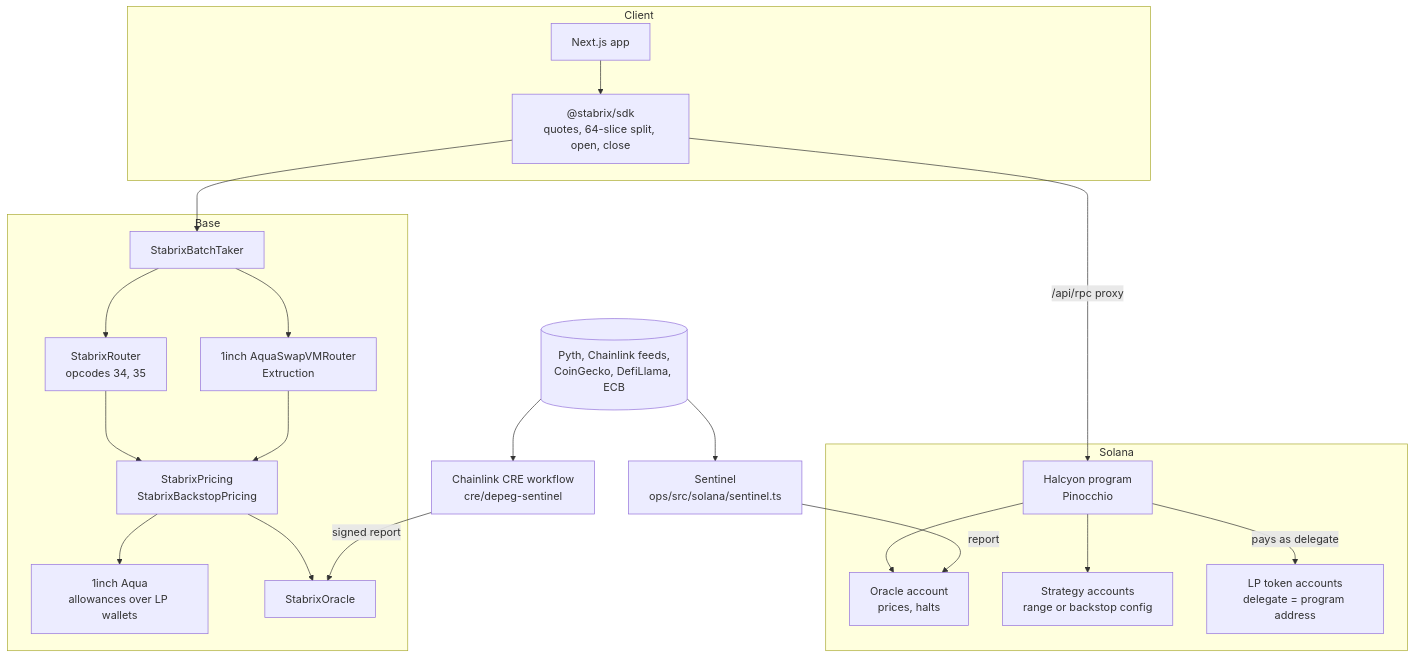
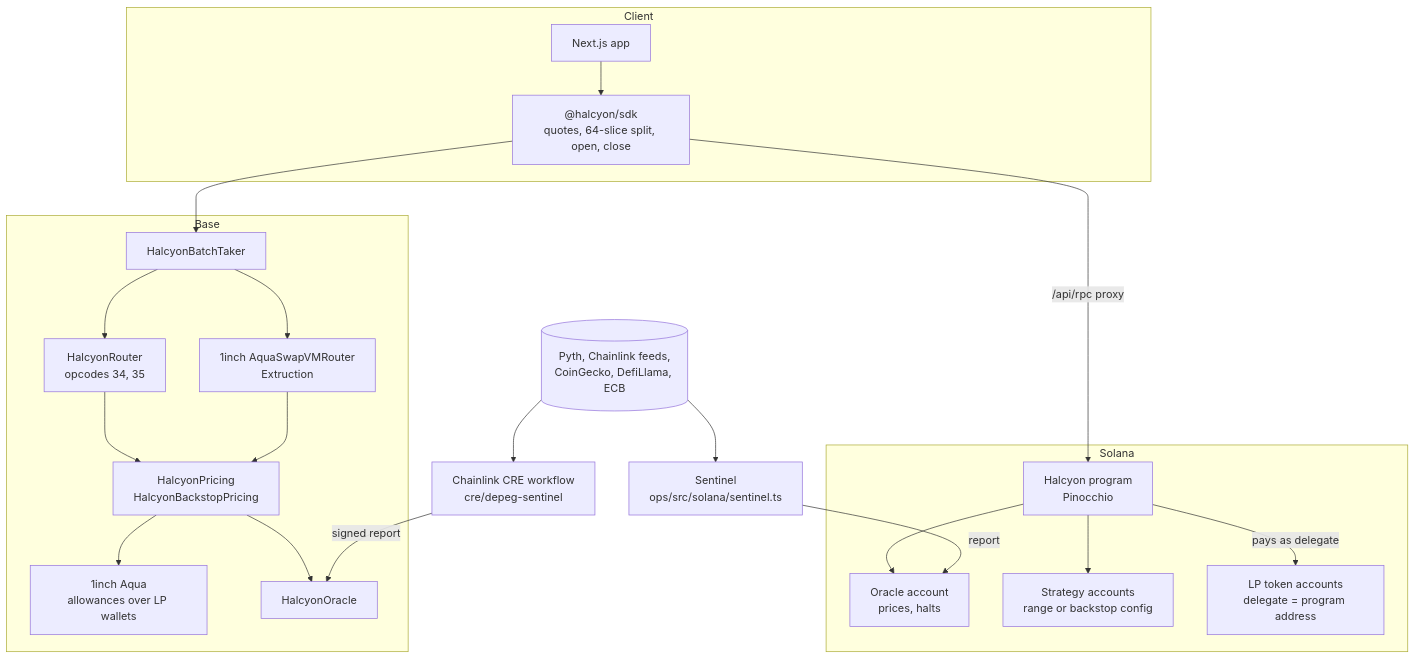
One commit to cityata21-rgb/Peglo changed the third of 5 diagrams in README.md. Above: the diagram before and after it, drawn with Mermaid. The commit also changed other lines of this file and 3 other files, not shown here.

````diff
--- a/README.md
+++ b/README.md
@@ -333,38 +335,38 @@
 ```mermaid
 flowchart TB
     subgraph Client
         UI[Next.js app]
-        SDK["@stabrix/sdk<br/>quotes, 64-slice split, open, close"]
+        SDK["@halcyon/sdk<br/>quotes, 64-slice split, open, close"]
         UI --> SDK
     end
 
     subgraph Solana
         PROG[Halcyon program<br/>Pinocchio]
         ORC[Oracle account<br/>prices, halts]
         STR[Strategy accounts<br/>range or backstop config]
         LPS[LP token accounts<br/>delegate = program address]
         PROG --> ORC
         PROG --> STR
         PROG -->|pays as delegate| LPS
     end
 
     subgraph Base
-        BT[StabrixBatchTaker]
-        SR[StabrixRouter<br/>opcodes 34, 35]
+        BT[HalcyonBatchTaker]
+        SR[HalcyonRouter<br/>opcodes 34, 35]
         IR[1inch AquaSwapVMRouter<br/>Extruction]
-        PR[StabrixPricing<br/>StabrixBackstopPricing]
+        PR[HalcyonPricing<br/>HalcyonBackstopPricing]
         AQ[1inch Aqua<br/>allowances over LP wallets]
-        SO[StabrixOracle]
+        SO[HalcyonOracle]
         BT --> SR & IR
         SR & IR --> PR
         PR --> AQ
         PR --> SO
     end
 
     SEN[Sentinel<br/>ops/src/solana/sentinel.ts] -->|report| ORC
     CRE[Chainlink CRE workflow<br/>cre/depeg-sentinel] -->|signed report| SO
     SRC[(Pyth, Chainlink feeds,<br/>CoinGecko, DefiLlama, ECB)] --> SEN & CRE
 
     SDK -->|/api/rpc proxy| PROG
     SDK --> BT
 ```
````
